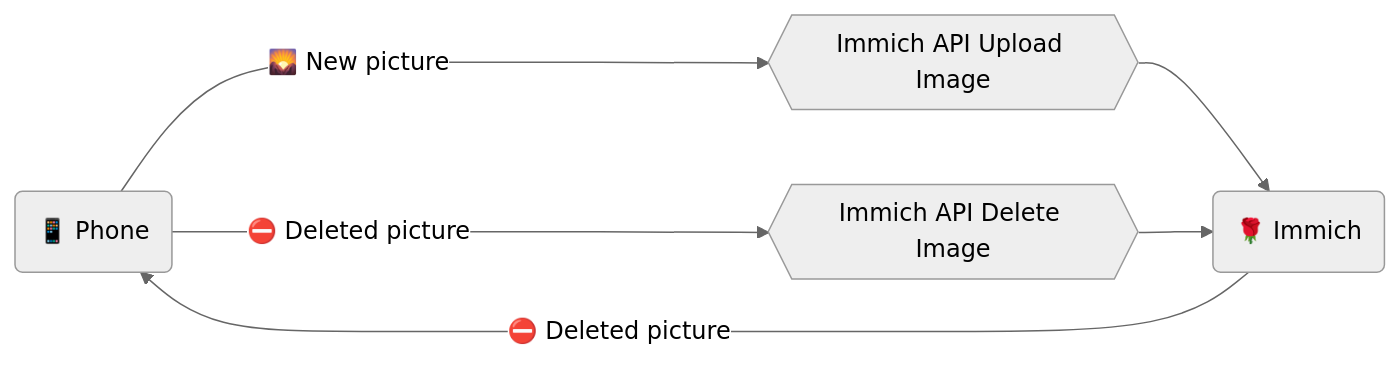
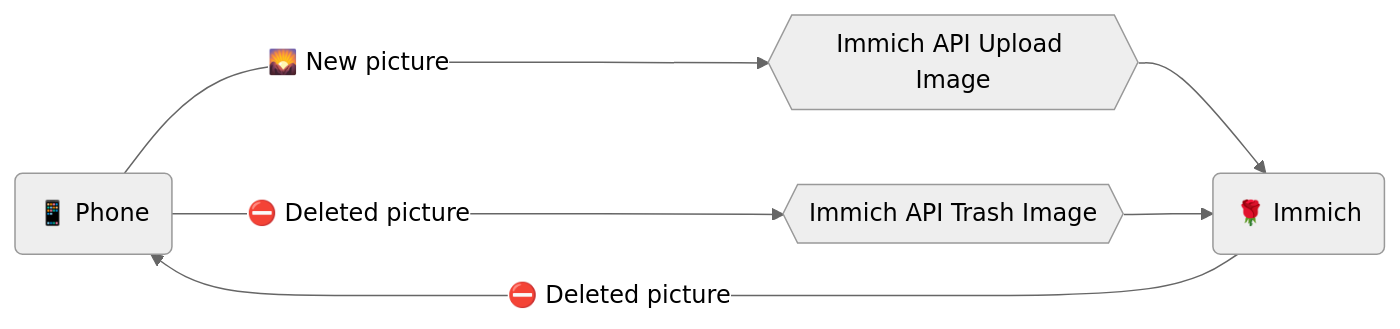
The first of 2 diagrams in docs/docs/configuration/sync.md (nsg/immich-distribution), drawn with Mermaid (neutral theme) before and after one commit. The commit also changed other lines of this file and 17 other files, not shown here.

````diff
--- a/docs/docs/configuration/sync.md
+++ b/docs/docs/configuration/sync.md
@@ -12,11 +12,11 @@
 ``` mermaid
 graph LR
 P("📱 Phone")
 S("🌹 Immich")
 CLI{{"Immich API Upload Image"}}
-API{{"Immich API Delete Image"}}
+API{{"Immich API Trash Image"}}
 
 P -- "🌄 New picture" ---> CLI --> S
 P -- "⛔ Deleted picture" ---> API --> S
 S -- "⛔ Deleted picture" ---> P
 ```
````
